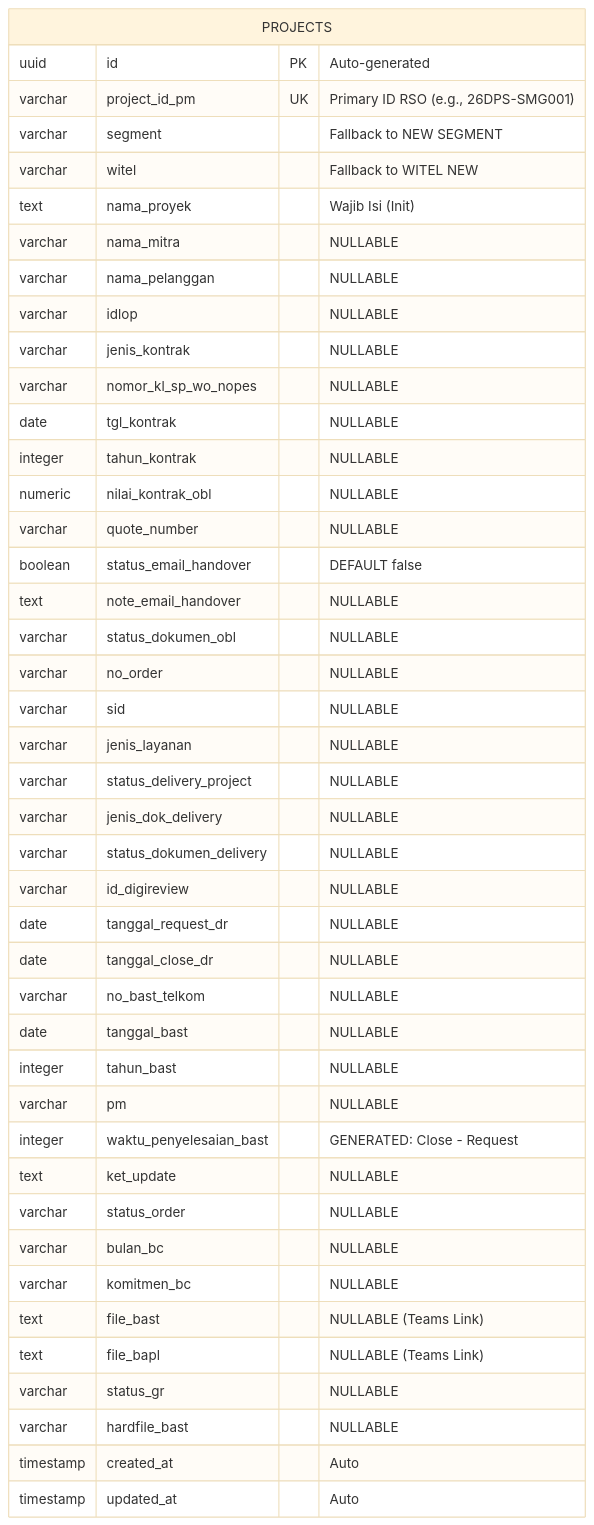
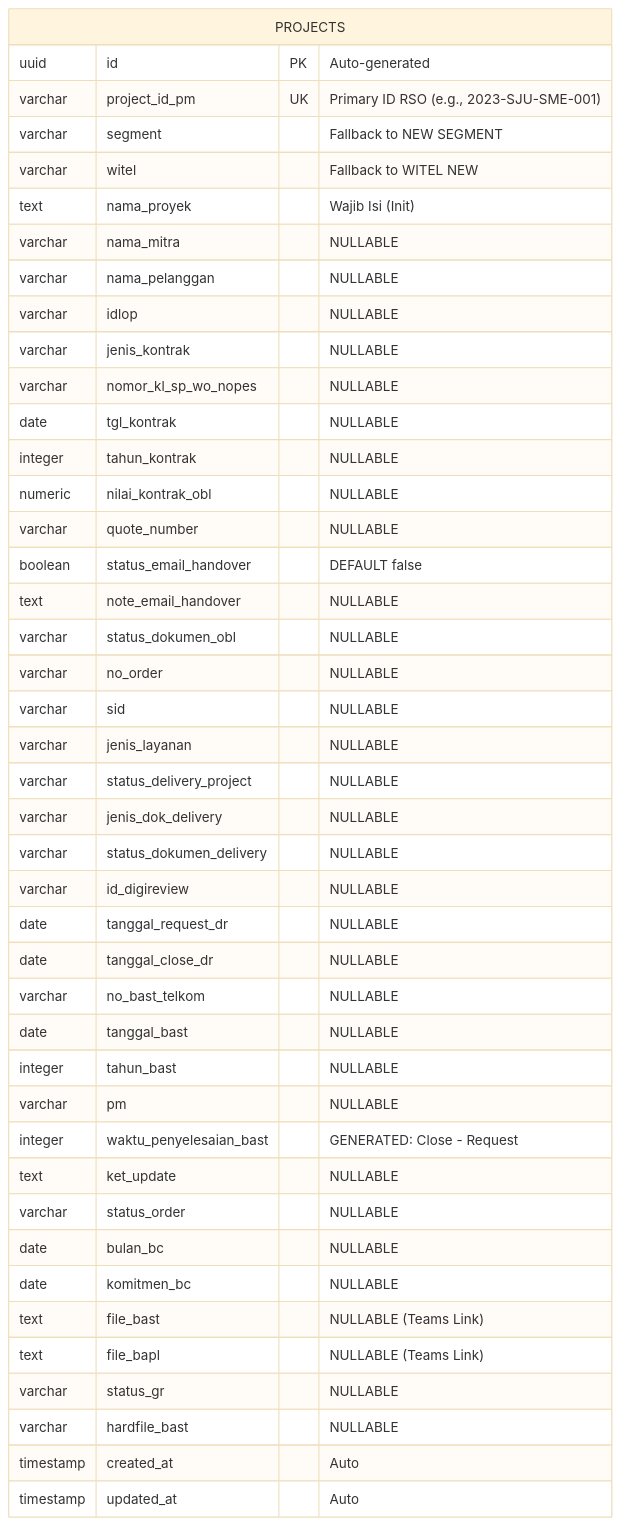
Before and after one commit to widipuriarto/dashboard-projectmanagement: the diagram in ERD.md, drawn with Mermaid (base theme). The commit also changed other lines of this file and 2041 other files, not shown here.

````diff
--- a/ERD.md
+++ b/ERD.md
@@ -12,46 +12,46 @@
 ```mermaid
 erDiagram
     PROJECTS {
         uuid id PK "Auto-generated"
-        varchar project_id_pm UK "Primary ID RSO (e.g., 26DPS-SMG001)"
+        varchar project_id_pm UK "Primary ID RSO (e.g., 2023-SJU-SME-001)"
         varchar segment "Fallback to NEW SEGMENT"
         varchar witel "Fallback to WITEL NEW"
         text nama_proyek "Wajib Isi (Init)"
         varchar nama_mitra "NULLABLE"
         varchar nama_pelanggan "NULLABLE"
         varchar idlop "NULLABLE"
         varchar jenis_kontrak "NULLABLE"
         varchar nomor_kl_sp_wo_nopes "NULLABLE"
         date tgl_kontrak "NULLABLE"
         integer tahun_kontrak "NULLABLE"
         numeric nilai_kontrak_obl "NULLABLE"
         varchar quote_number "NULLABLE"
         boolean status_email_handover "DEFAULT false"
         text note_email_handover "NULLABLE"
         varchar status_dokumen_obl "NULLABLE"
         varchar no_order "NULLABLE"
         varchar sid "NULLABLE"
         varchar jenis_layanan "NULLABLE"
         varchar status_delivery_project "NULLABLE"
         varchar jenis_dok_delivery "NULLABLE"
         varchar status_dokumen_delivery "NULLABLE"
         varchar id_digireview "NULLABLE"
         date tanggal_request_dr "NULLABLE"
         date tanggal_close_dr "NULLABLE"
         varchar no_bast_telkom "NULLABLE"
         date tanggal_bast "NULLABLE"
         integer tahun_bast "NULLABLE"
         varchar pm "NULLABLE"
         integer waktu_penyelesaian_bast "GENERATED: Close - Request"
         text ket_update "NULLABLE"
         varchar status_order "NULLABLE"
-        varchar bulan_bc "NULLABLE"
-        varchar komitmen_bc "NULLABLE"
+        date bulan_bc "NULLABLE"
+        date komitmen_bc "NULLABLE"
         text file_bast "NULLABLE (Teams Link)"
         text file_bapl "NULLABLE (Teams Link)"
         varchar status_gr "NULLABLE"
         varchar hardfile_bast "NULLABLE"
         timestamp created_at "Auto"
         timestamp updated_at "Auto"
     }
 ```
````
